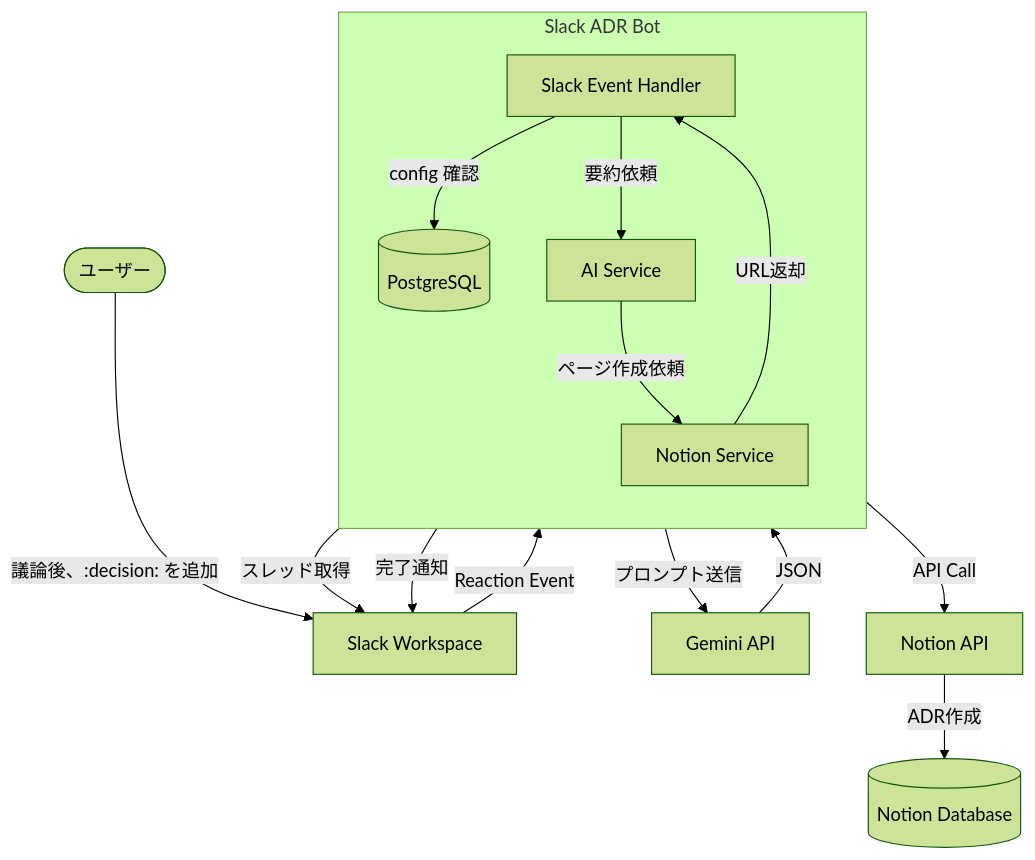
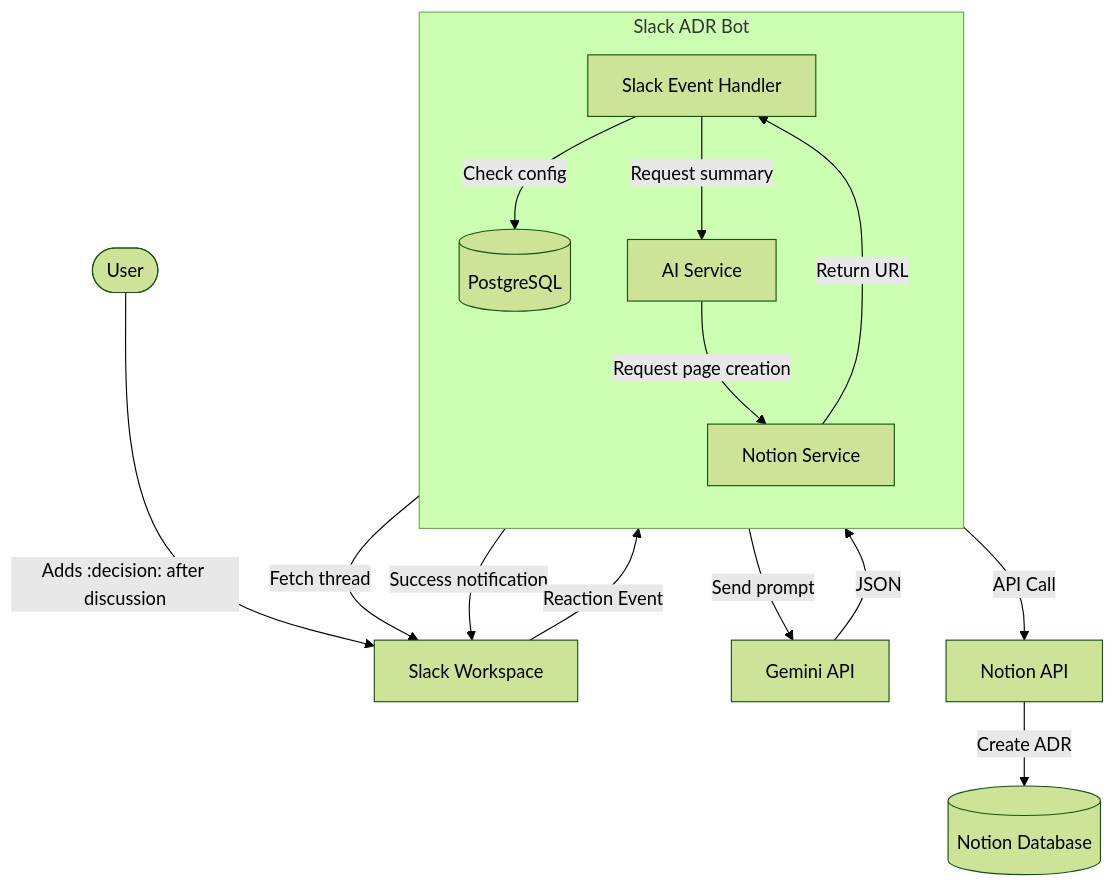
One commit to Syogo-Suganoya/slackADR changed the first of 4 diagrams in ARCHITECTURE.md. Above: the diagram before and after it, drawn with Mermaid (forest theme). The commit also changed other lines of this file, not shown here.

````diff
--- a/ARCHITECTURE.md
+++ b/ARCHITECTURE.md
@@ -9,25 +9,25 @@
 ```mermaid
 graph TD
-    User([ユーザー]) -- "議論後、:decision: を追加" --> Slack[Slack Workspace]
+    User([User]) -- "Adds :decision: after discussion" --> Slack[Slack Workspace]
     Slack -- "Reaction Event" --> Bot[Slack ADR Bot]
     
     subgraph Bot [Slack ADR Bot]
         direction TB
         Handler[Slack Event Handler]
         AI[AI Service]
         Notion[Notion Service]
         DB[(PostgreSQL)]
     end
     
-    Handler -- "config 確認" --> DB
-    Handler -- "スレッド取得" --> Slack
-    Handler -- "要約依頼" --> AI
-    AI -- "プロンプト送信" --> Gemini[Gemini API]
+    Handler -- "Check config" --> DB
+    Handler -- "Fetch thread" --> Slack
+    Handler -- "Request summary" --> AI
+    AI -- "Send prompt" --> Gemini[Gemini API]
     Gemini -- "JSON" --> AI
-    AI -- "ページ作成依頼" --> Notion
+    AI -- "Request page creation" --> Notion
     Notion -- "API Call" --> NotionAPI[Notion API]
-    NotionAPI -- "ADR作成" --> NotionDB[(Notion Database)]
+    NotionAPI -- "Create ADR" --> NotionDB[(Notion Database)]
     
-    Notion -- "URL返却" --> Handler
-    Handler -- "完了通知" --> Slack
+    Notion -- "Return URL" --> Handler
+    Handler -- "Success notification" --> Slack
 ```
````
